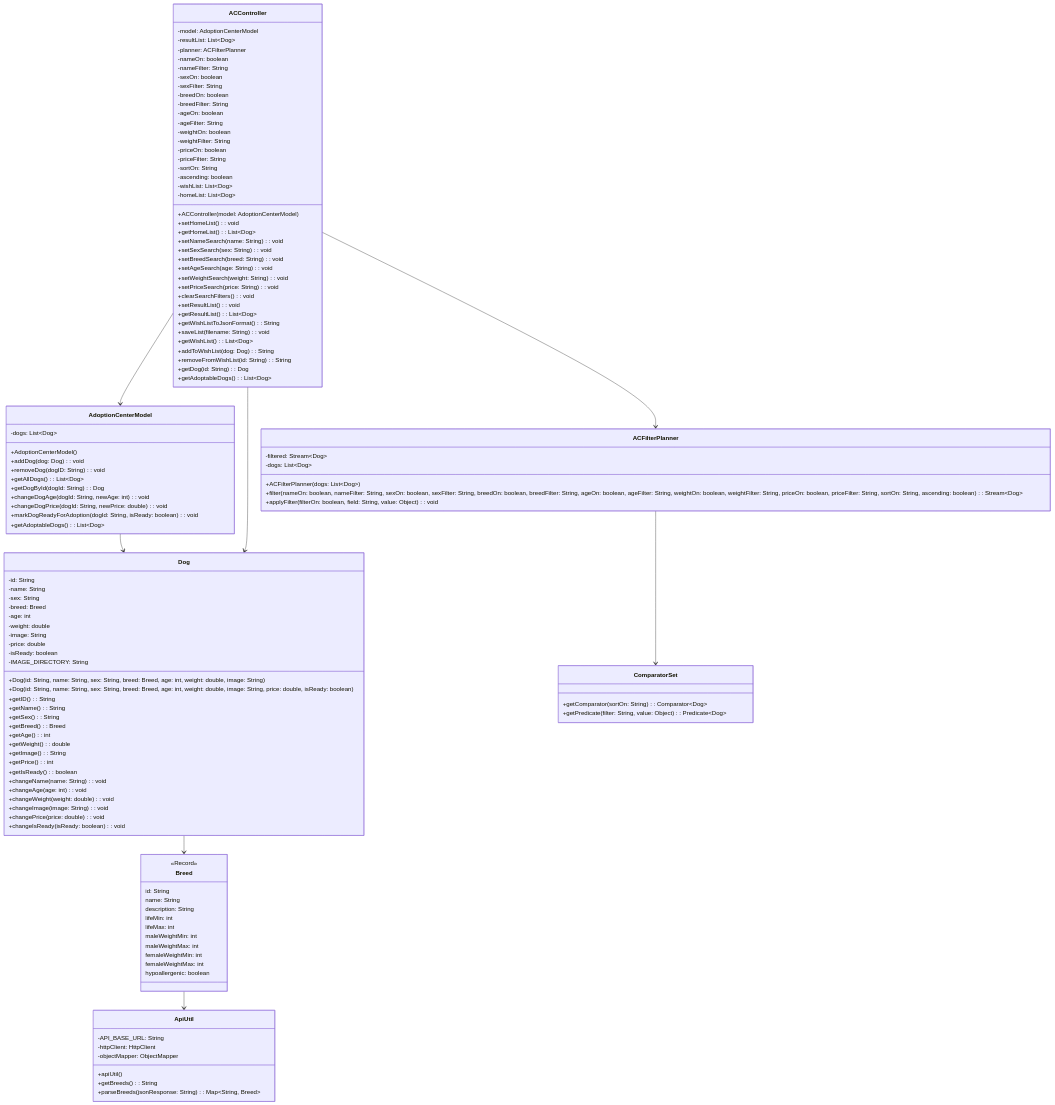
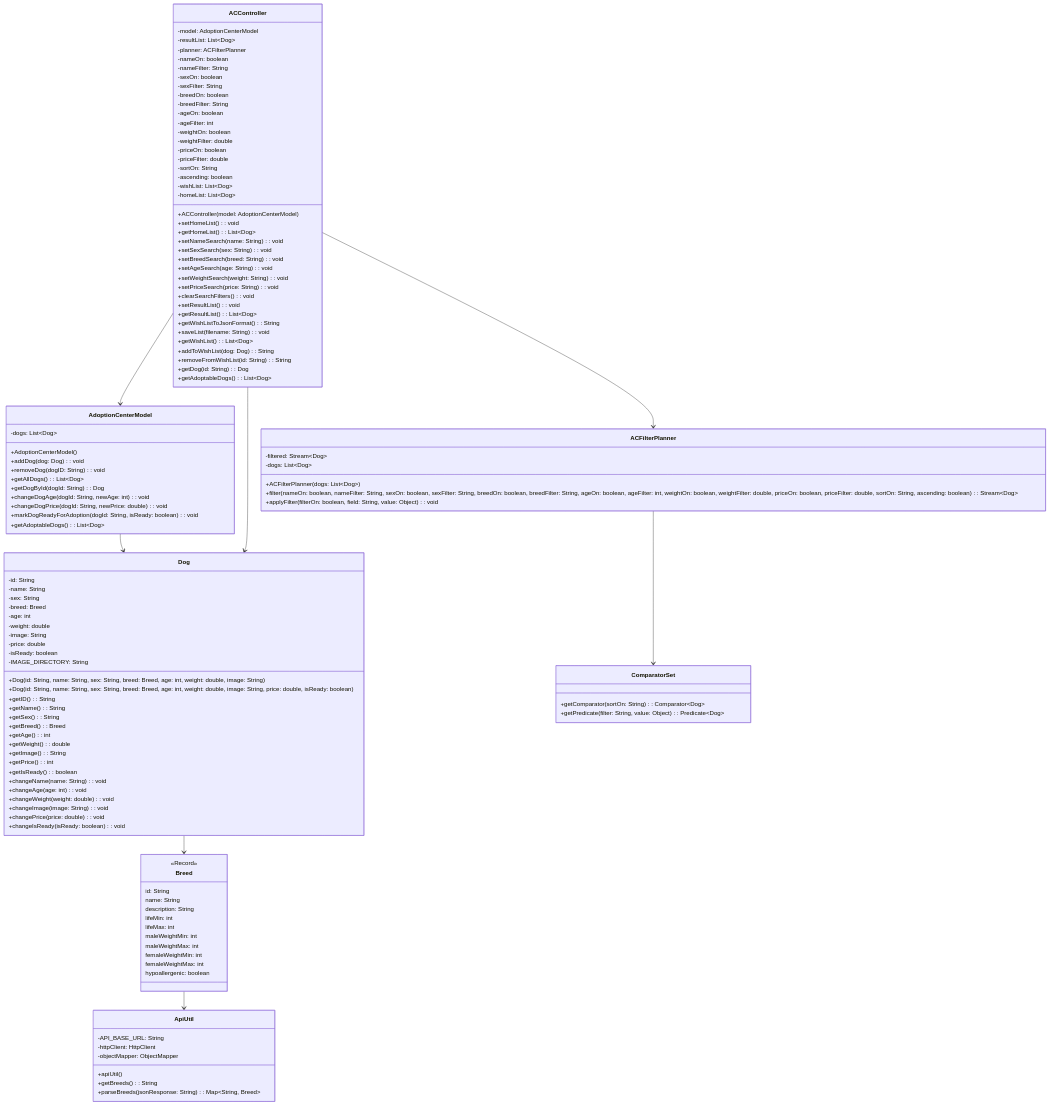
The diagram in DesignDocuments/FinalDesign.md (Su24-CS5004-Online-Lionelle/final-project-group-1), drawn with Mermaid before and after one commit. The commit also changed 3 other files, not shown here.

```diff
--- a/DesignDocuments/FinalDesign.md
+++ b/DesignDocuments/FinalDesign.md
@@ -72,7 +72,7 @@
 	-filtered: Stream~Dog~
     -dogs: List~Dog~
 	+ACFilterPlanner(dogs: List~Dog~)
-	+filter(nameOn: boolean, nameFilter: String, sexOn: boolean, sexFilter: String, breedOn: boolean, breedFilter: String, ageOn: boolean, ageFilter: String, weightOn: boolean, weightFilter: String, priceOn: boolean, priceFilter: String, sortOn: String, ascending: boolean): Stream~Dog~
+	+filter(nameOn: boolean, nameFilter: String, sexOn: boolean, sexFilter: String, breedOn: boolean, breedFilter: String, ageOn: boolean, ageFilter: int, weightOn: boolean, weightFilter: double, priceOn: boolean, priceFilter: double, sortOn: String, ascending: boolean): Stream~Dog~
 	+applyFilter(filterOn: boolean, field: String, value: Object): void
 }
 class ACController {
@@ -86,11 +86,11 @@
     -breedOn: boolean
     -breedFilter: String
     -ageOn: boolean
-    -ageFilter: String
+    -ageFilter: int
     -weightOn: boolean
-    -weightFilter: String
+    -weightFilter: double
     -priceOn: boolean
-    -priceFilter: String
+    -priceFilter: double
     -sortOn: String
     -ascending: boolean
     -wishList: List~Dog~
```
